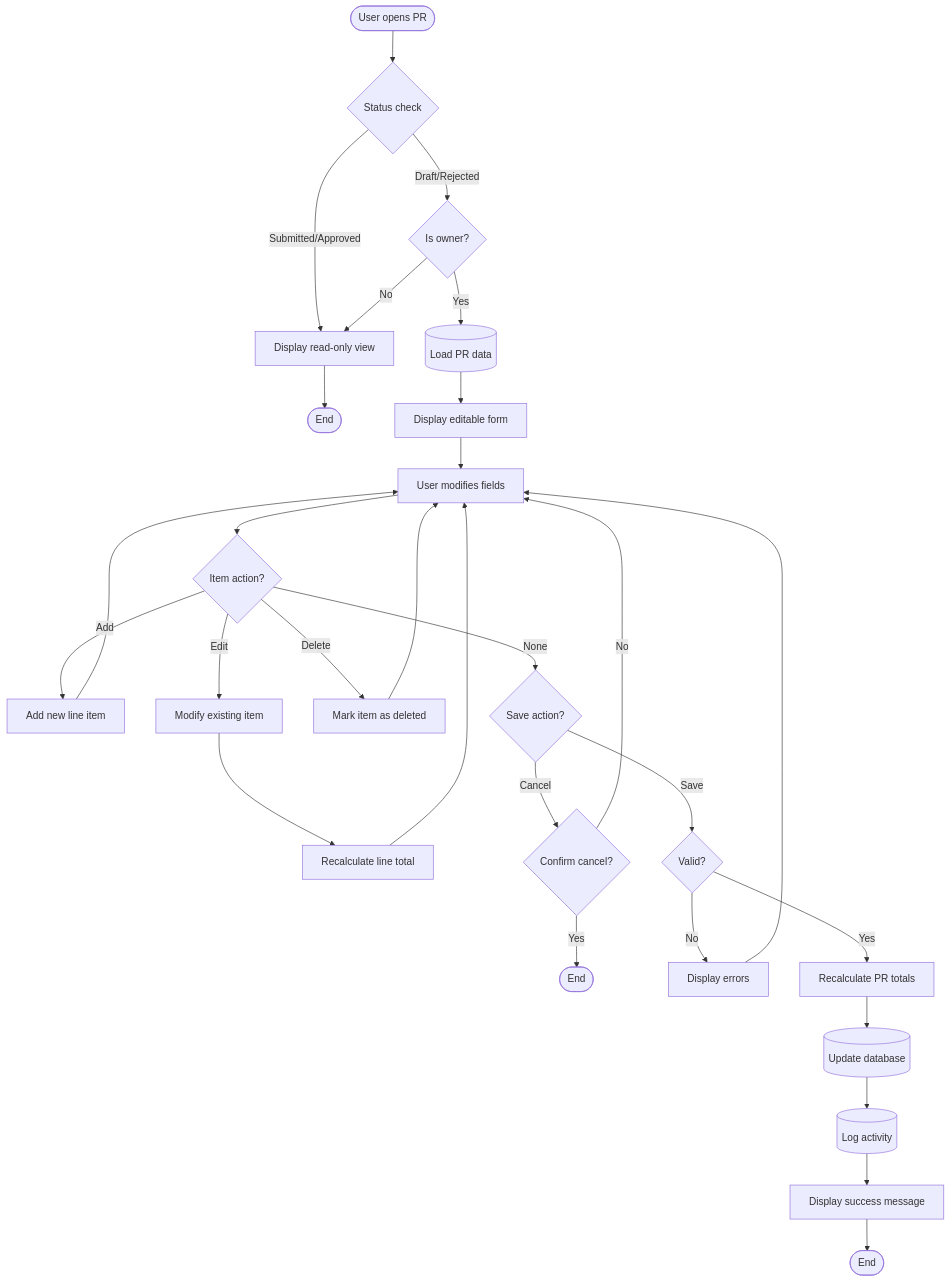
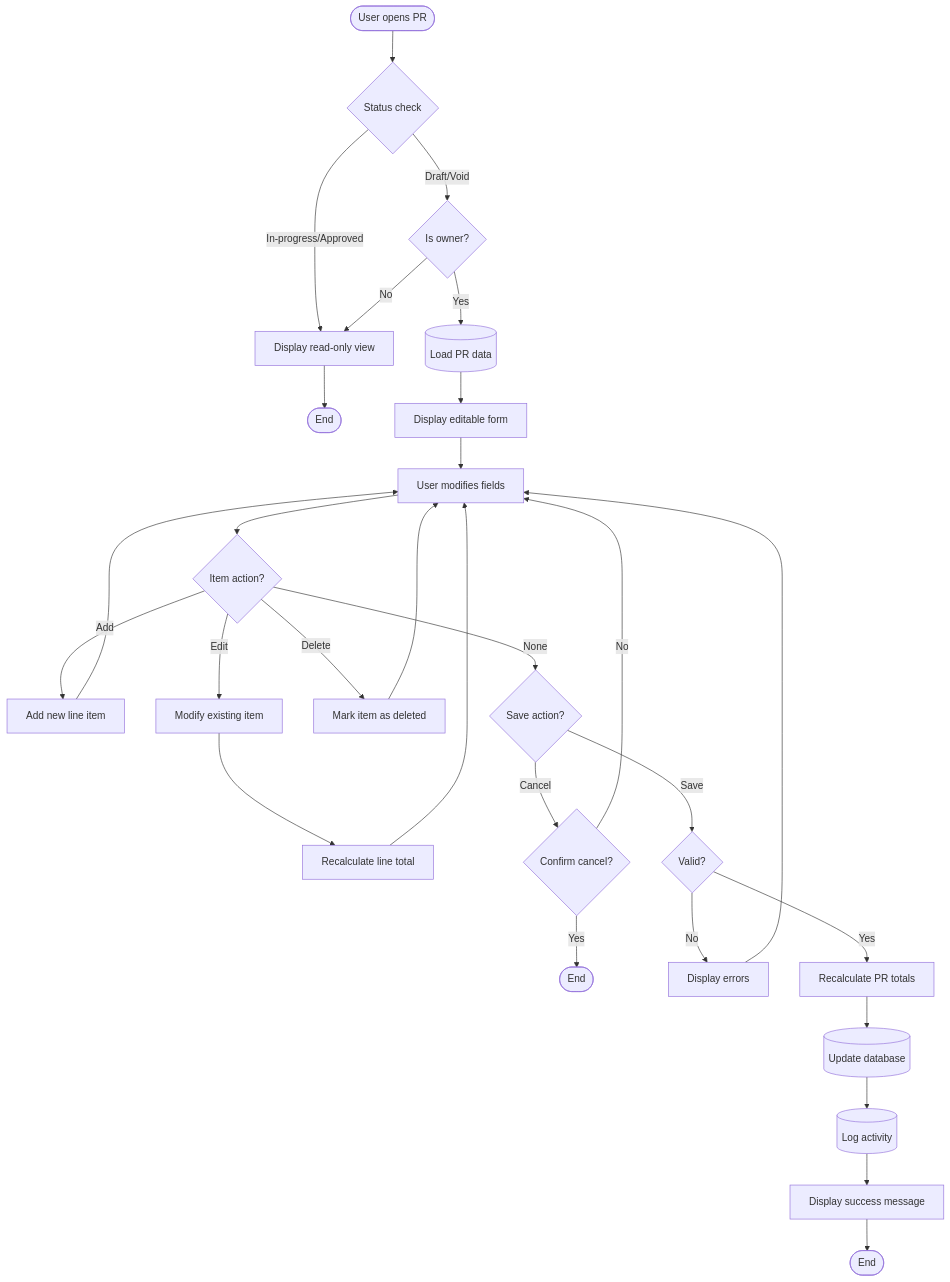
The third of 30 diagrams in docs/app/procurement/purchase-requests/FD-purchase-requests.md (CarmenSoftware-organization/carmen), drawn with Mermaid before and after one commit. The commit also changed other lines of this file and 1788 other files, not shown here.

````diff
--- a/docs/app/procurement/purchase-requests/FD-purchase-requests.md
+++ b/docs/app/procurement/purchase-requests/FD-purchase-requests.md
@@ -117,39 +146,39 @@
 ```mermaid
 flowchart TD
     Start([User opens PR]) --> CheckStatus{Status check}
-    CheckStatus -->|Submitted/Approved| ShowReadOnly[Display read-only view]
+    CheckStatus -->|In-progress/Approved| ShowReadOnly[Display read-only view]
     ShowReadOnly --> End1([End])
 
-    CheckStatus -->|Draft/Rejected| CheckOwner{Is owner?}
+    CheckStatus -->|Draft/Void| CheckOwner{Is owner?}
     CheckOwner -->|No| ShowReadOnly
 
     CheckOwner -->|Yes| LoadPR[(Load PR data)]
     LoadPR --> DisplayForm[Display editable form]
     DisplayForm --> EditFields[User modifies fields]
 
     EditFields --> ItemActions{Item action?}
     ItemActions -->|Add| AddItem[Add new line item]
     AddItem --> EditFields
 
     ItemActions -->|Edit| ModifyItem[Modify existing item]
     ModifyItem --> RecalcLine[Recalculate line total]
     RecalcLine --> EditFields
 
     ItemActions -->|Delete| DeleteItem[Mark item as deleted]
     DeleteItem --> EditFields
 
     ItemActions -->|None| SaveAction{Save action?}
     SaveAction -->|Cancel| ConfirmCancel{Confirm cancel?}
     ConfirmCancel -->|Yes| End2([End])
     ConfirmCancel -->|No| EditFields
 
     SaveAction -->|Save| Validate{Valid?}
     Validate -->|No| ShowErrors[Display errors]
     ShowErrors --> EditFields
 
     Validate -->|Yes| RecalcTotals[Recalculate PR totals]
     RecalcTotals --> UpdateDB[(Update database)]
     UpdateDB --> LogActivity[(Log activity)]
     LogActivity --> Success[Display success message]
     Success --> End3([End])
 ```
````
